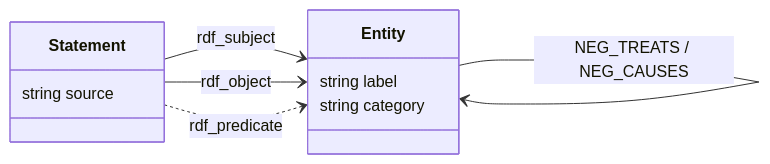
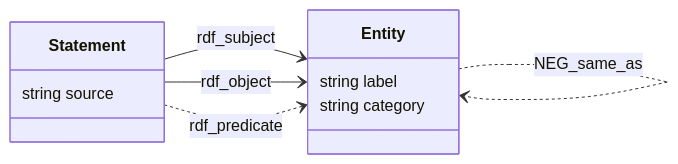
One commit to sbl-sdsc/mcp-proto-okn changed the diagram in docs/examples/biohealth_overview.md. Above: the diagram before and after it, drawn with Mermaid. The commit also changed other lines of this file, not shown here.

Commit message:
Complete biohealth overview Mermaid diagram (all 70 predicates)

````diff
--- a/docs/examples/biohealth_overview.md
+++ b/docs/examples/biohealth_overview.md
@@ -48,16 +48,78 @@
   string source
 }
 
-Entity --> Entity : treats / causes / affects
-Entity --> Entity : coexists_with / location_of
-Entity --> Entity : interacts_with / part_of
-Entity --> Entity : predisposes_to_condition
-Entity --> Entity : preventative_for_condition
-Entity --> Entity : ADMINISTERED_TO / MEASURES
-Entity --> Entity : OCCURS_IN / PRODUCES / USES
-Entity --> Entity : NEG_TREATS / NEG_CAUSES
-
+%% Reified-statement structure and provenance
 Statement --> Entity : rdf_subject
 Statement --> Entity : rdf_object
 Statement ..> Entity : rdf_predicate
+
+%% Biolink relationship predicates (17)
+Entity --> Entity : affects
+Entity --> Entity : associated_with
+Entity --> Entity : causes
+Entity --> Entity : coexists_with
+Entity --> Entity : decreases_amount_or_activity_of
+Entity --> Entity : diagnoses
+Entity --> Entity : disrupts
+Entity --> Entity : increases_amount_or_activity_of
+Entity --> Entity : interacts_with
+Entity --> Entity : location_of
+Entity --> Entity : manifestation_of
+Entity --> Entity : part_of
+Entity --> Entity : precedes
+Entity --> Entity : predisposes_to_condition
+Entity --> Entity : preventative_for_condition
+Entity --> Entity : subclass_of
+Entity --> Entity : treats
+
+%% Custom biohealthkg schema predicates (16)
+Entity --> Entity : ADMINISTERED_TO
+Entity --> Entity : COMPLICATES
+Entity --> Entity : CONVERTS_TO
+Entity --> Entity : LOCATION_OF(SPEC)
+Entity --> Entity : MEASUREMENT_OF
+Entity --> Entity : MEASURES
+Entity --> Entity : METHOD_OF
+Entity --> Entity : OCCURS_IN
+Entity --> Entity : PROCESS_OF
+Entity --> Entity : PRODUCES
+Entity --> Entity : STIMULATES
+Entity --> Entity : USES
+Entity --> Entity : compared_with
+Entity --> Entity : higher_than
+Entity --> Entity : lower_than
+Entity --> Entity : same_as
+
+%% Negated (NEG_) assertions (31, shown dashed)
+Entity ..> Entity : NEG_ADMINISTERED_TO
+Entity ..> Entity : NEG_AFFECTS
+Entity ..> Entity : NEG_ASSOCIATED_WITH
+Entity ..> Entity : NEG_AUGMENTS
+Entity ..> Entity : NEG_CAUSES
+Entity ..> Entity : NEG_COEXISTS_WITH
+Entity ..> Entity : NEG_COMPLICATES
+Entity ..> Entity : NEG_CONVERTS_TO
+Entity ..> Entity : NEG_DIAGNOSES
+Entity ..> Entity : NEG_DISRUPTS
+Entity ..> Entity : NEG_INHIBITS
+Entity ..> Entity : NEG_INTERACTS_WITH
+Entity ..> Entity : NEG_ISA
+Entity ..> Entity : NEG_LOCATION_OF
+Entity ..> Entity : NEG_MANIFESTATION_OF
+Entity ..> Entity : NEG_MEASUREMENT_OF
+Entity ..> Entity : NEG_MEASURES
+Entity ..> Entity : NEG_METHOD_OF
+Entity ..> Entity : NEG_OCCURS_IN
+Entity ..> Entity : NEG_PART_OF
+Entity ..> Entity : NEG_PRECEDES
+Entity ..> Entity : NEG_PREDISPOSES
+Entity ..> Entity : NEG_PREVENTS
+Entity ..> Entity : NEG_PROCESS_OF
+Entity ..> Entity : NEG_PRODUCES
+Entity ..> Entity : NEG_STIMULATES
+Entity ..> Entity : NEG_TREATS
+Entity ..> Entity : NEG_USES
+Entity ..> Entity : NEG_higher_than
+Entity ..> Entity : NEG_lower_than
+Entity ..> Entity : NEG_same_as
 ```
````
